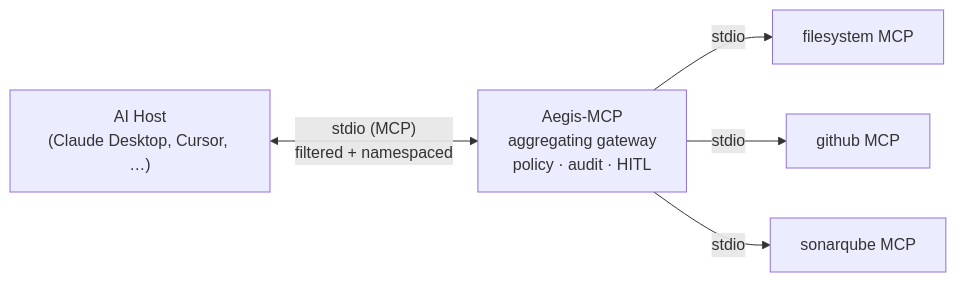
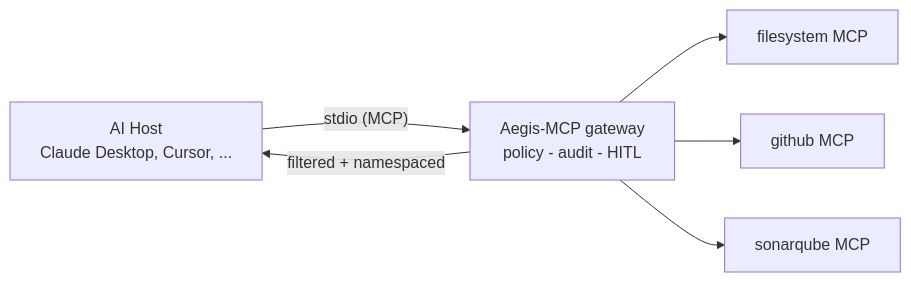
The diagram in README.md (osick/aegis-mcp), drawn with Mermaid before and after one commit. The commit also changed other lines of this file and 20 other files, not shown here.

Commit message:
Readme Update, renaming module path, renaming to aegis-mcp

````diff
--- a/README.md
+++ b/README.md
@@ -14,12 +17,13 @@
 ```mermaid
 flowchart LR
-    Host["AI Host<br>(Claude Desktop, Cursor, …)"]
-    Aegis["Aegis-MCP<br>aggregating gateway<br>policy · audit · HITL"]
+    Host["AI Host<br>Claude Desktop, Cursor, ..."]
+    Aegis["Aegis-MCP gateway<br>policy - audit - HITL"]
     FS["filesystem MCP"]
     GH["github MCP"]
     SQ["sonarqube MCP"]
-    Host <-->|"stdio (MCP)<br>filtered + namespaced"| Aegis
-    Aegis -- stdio --> FS
-    Aegis -- stdio --> GH
-    Aegis -- stdio --> SQ
+    Host -->|"stdio (MCP)"| Aegis
+    Aegis -->|"filtered + namespaced"| Host
+    Aegis --> FS
+    Aegis --> GH
+    Aegis --> SQ
 ```
````
